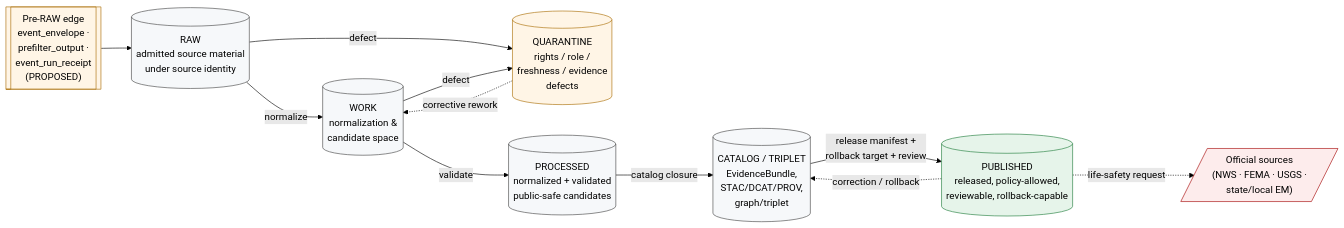
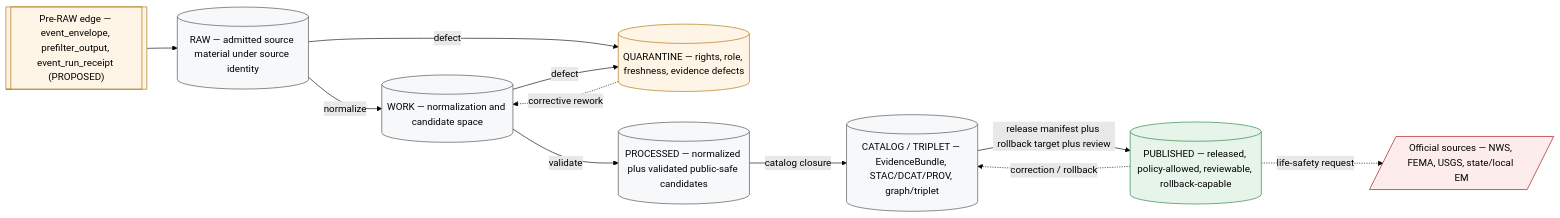
One commit to bartytime4life/Kansas-Frontier-Matrix changed the diagram in docs/domains/hazards/DATA_LIFECYCLE.md. Above: the diagram before and after it, drawn with Mermaid (forest theme). The commit also changed other lines of this file, not shown here.

````diff
--- a/docs/domains/hazards/DATA_LIFECYCLE.md
+++ b/docs/domains/hazards/DATA_LIFECYCLE.md
@@ -149,31 +164,31 @@
 ```mermaid
 flowchart LR
-  PRE[["Pre-RAW edge<br/>event_envelope ·<br/>prefilter_output ·<br/>event_run_receipt<br/>(PROPOSED)"]]
-  RAW[("RAW<br/>admitted source material<br/>under source identity")]
-  WORK[("WORK<br/>normalization &<br/>candidate space")]
-  QUAR[("QUARANTINE<br/>rights / role /<br/>freshness / evidence<br/>defects")]
-  PROC[("PROCESSED<br/>normalized + validated<br/>public-safe candidates")]
-  CAT[("CATALOG / TRIPLET<br/>EvidenceBundle,<br/>STAC/DCAT/PROV,<br/>graph/triplet")]
-  PUB[("PUBLISHED<br/>released, policy-allowed,<br/>reviewable, rollback-capable")]
-  OFF[/"Official sources<br/>(NWS · FEMA · USGS ·<br/>state/local EM)"/]
+  PRE[["Pre-RAW edge — event_envelope, prefilter_output, event_run_receipt (PROPOSED)"]]
+  RAW[("RAW — admitted source material under source identity")]
+  WORK[("WORK — normalization and candidate space")]
+  QUAR[("QUARANTINE — rights, role, freshness, evidence defects")]
+  PROC[("PROCESSED — normalized plus validated public-safe candidates")]
+  CAT[("CATALOG / TRIPLET — EvidenceBundle, STAC/DCAT/PROV, graph/triplet")]
+  PUB[("PUBLISHED — released, policy-allowed, reviewable, rollback-capable")]
+  OFF[/"Official sources — NWS, FEMA, USGS, state/local EM"/]
 
   PRE --> RAW
   RAW -->|normalize| WORK
   RAW -->|defect| QUAR
   WORK -->|validate| PROC
   WORK -->|defect| QUAR
   PROC -->|catalog closure| CAT
-  CAT -->|release manifest +<br/>rollback target + review| PUB
+  CAT -->|release manifest plus rollback target plus review| PUB
   PUB -. life-safety request .-> OFF
   QUAR -. corrective rework .-> WORK
   PUB -. correction / rollback .-> CAT
 
   classDef stage fill:#f6f8fa,stroke:#444,stroke-width:1px;
   classDef hold fill:#fff5e6,stroke:#a86b00,stroke-width:1px;
   classDef pub fill:#e6f4ea,stroke:#1e7c3a,stroke-width:1px;
   classDef off fill:#fdecec,stroke:#a40000,stroke-width:1px;
   class RAW,WORK,PROC,CAT stage
   class QUAR,PRE hold
   class PUB pub
   class OFF off
 ```
````
